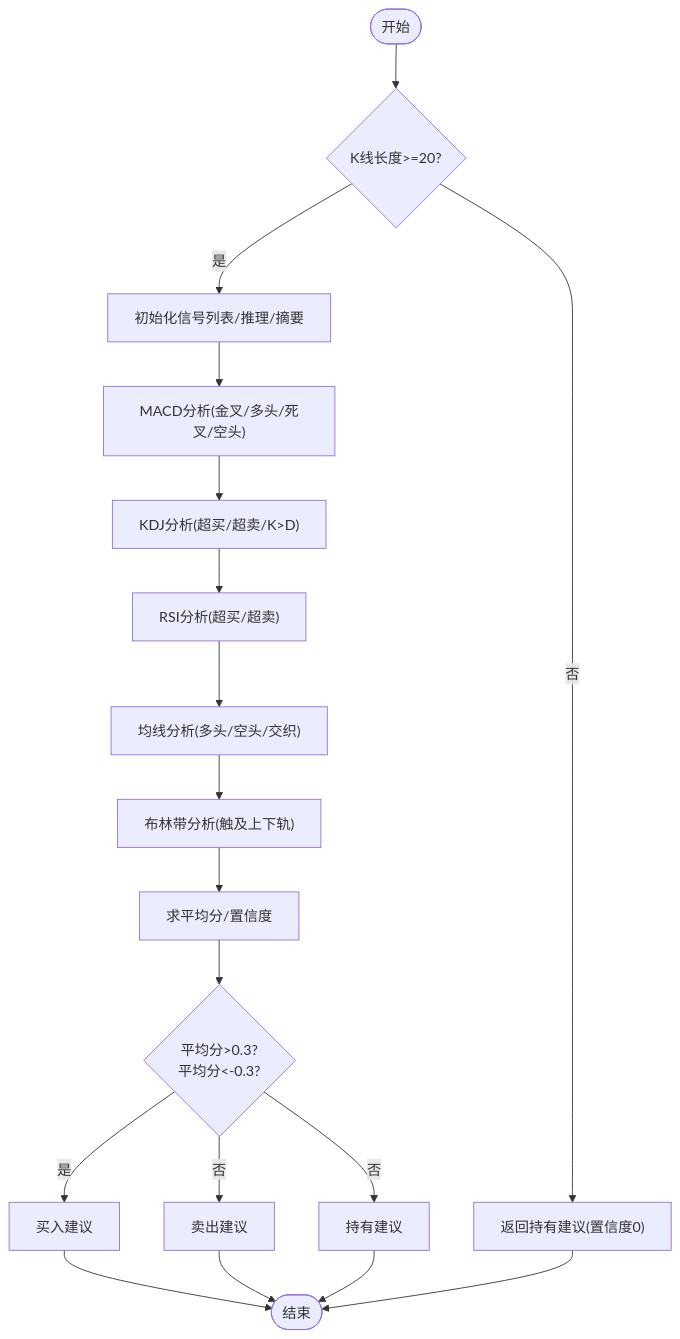
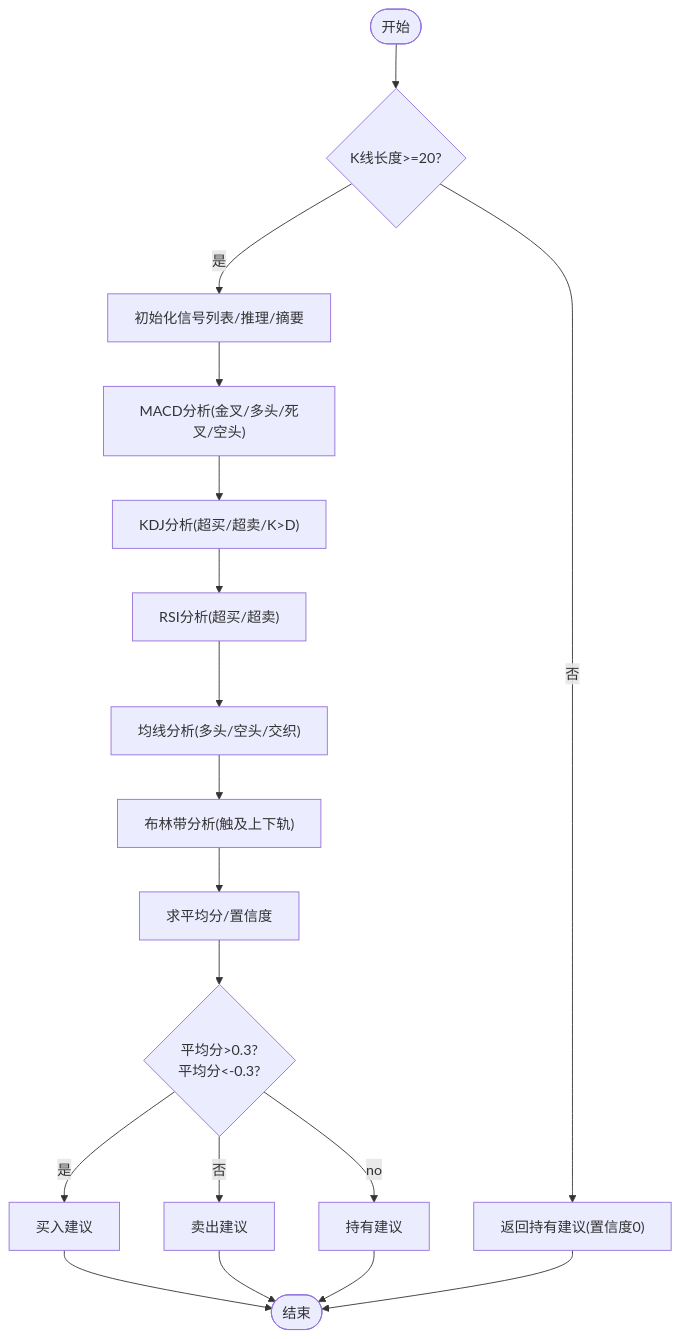
One commit to Moruime/stock_foker changed the fifth of 11 diagrams in .qoder/repowiki/zh/content/核心功能/技术面分析系统/技术面分析系统.md. Above: the diagram before and after it, drawn with Mermaid. The commit also changed other lines of this file and 15 other files, not shown here.

````diff
--- a/.qoder/repowiki/zh/content/核心功能/技术面分析系统/技术面分析系统.md
+++ b/.qoder/repowiki/zh/content/核心功能/技术面分析系统/技术面分析系统.md
@@ -312,20 +336,20 @@
 ```mermaid
 flowchart TD
 Start(["开始"]) --> CheckData{"K线长度>=20?"}
 CheckData --> |否| Hold["返回持有建议(置信度0)"]
 CheckData --> |是| Init["初始化信号列表/推理/摘要"]
 Init --> MACD["MACD分析(金叉/多头/死叉/空头)"]
 MACD --> KDJ["KDJ分析(超买/超卖/K>D)"]
 KDJ --> RSI["RSI分析(超买/超卖)"]
 RSI --> MA["均线分析(多头/空头/交织)"]
 MA --> BOLL["布林带分析(触及上下轨)"]
 BOLL --> Sum["求平均分/置信度"]
 Sum --> Judge{"平均分>0.3?<br/>平均分<-0.3?"}
 Judge --> |是| Buy["买入建议"]
 Judge --> |否| Sell["卖出建议"]
-Judge --> |否| Hold2["持有建议"]
+Judge --> |no| Hold2["持有建议"]
 Buy --> End(["结束"])
 Sell --> End
 Hold2 --> End
 Hold --> End
 ```
````
